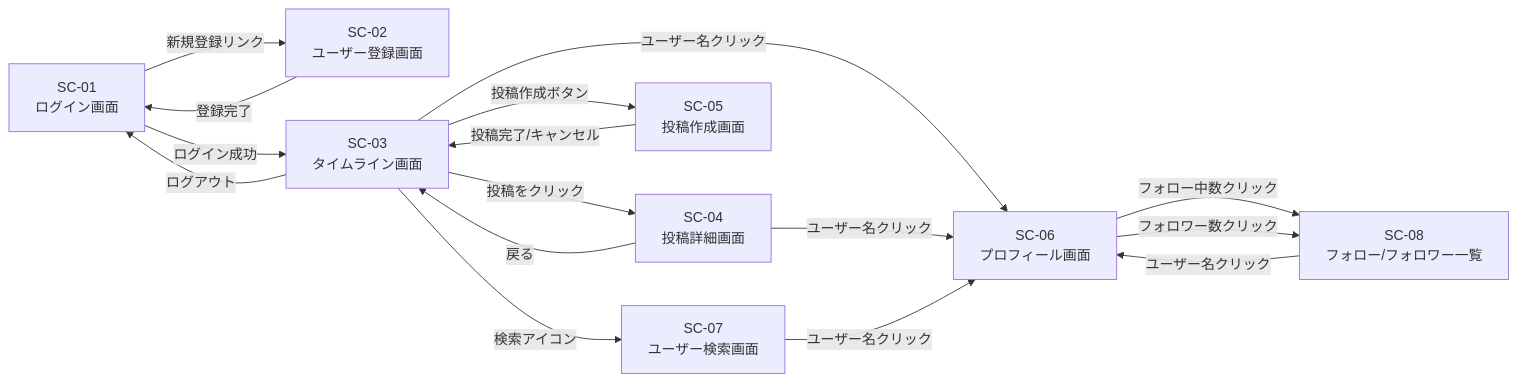
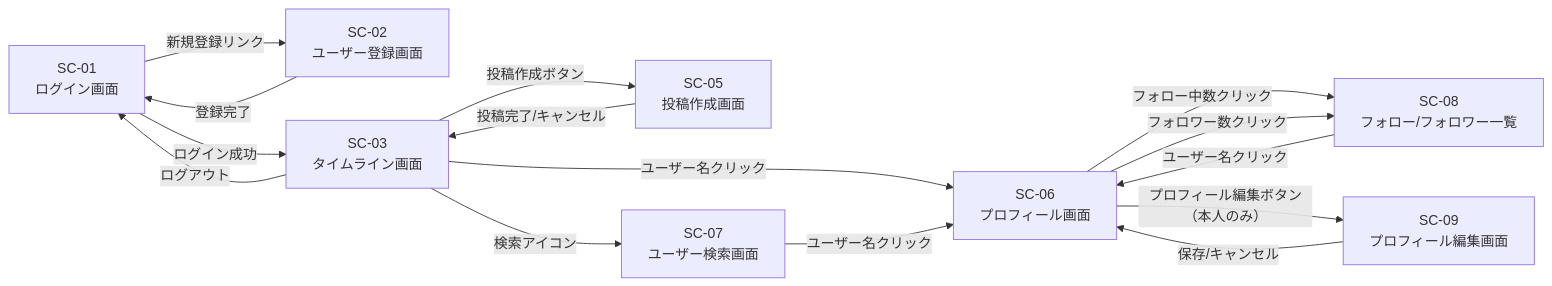
The diagram in docs/screen-design.md (gitmrk2k6/RaiseTimeLine), drawn with Mermaid before and after one commit. The commit also changed other lines of this file and 2 other files, not shown here.

````diff
--- a/docs/screen-design.md
+++ b/docs/screen-design.md
@@ -22,27 +23,26 @@
 ```mermaid
 flowchart LR
     SC01[SC-01<br/>ログイン画面]
     SC02[SC-02<br/>ユーザー登録画面]
     SC03[SC-03<br/>タイムライン画面]
-    SC04[SC-04<br/>投稿詳細画面]
     SC05[SC-05<br/>投稿作成画面]
     SC06[SC-06<br/>プロフィール画面]
     SC07[SC-07<br/>ユーザー検索画面]
     SC08[SC-08<br/>フォロー/フォロワー一覧]
+    SC09[SC-09<br/>プロフィール編集画面]
 
     SC01 -->|新規登録リンク| SC02
     SC02 -->|登録完了| SC01
     SC01 -->|ログイン成功| SC03
-    SC03 -->|投稿をクリック| SC04
     SC03 -->|投稿作成ボタン| SC05
     SC03 -->|ユーザー名クリック| SC06
     SC03 -->|検索アイコン| SC07
     SC05 -->|投稿完了/キャンセル| SC03
-    SC04 -->|戻る| SC03
-    SC04 -->|ユーザー名クリック| SC06
     SC06 -->|フォロー中数クリック| SC08
     SC06 -->|フォロワー数クリック| SC08
+    SC06 -->|プロフィール編集ボタン（本人のみ）| SC09
+    SC09 -->|保存/キャンセル| SC06
     SC07 -->|ユーザー名クリック| SC06
     SC08 -->|ユーザー名クリック| SC06
     SC03 -->|ログアウト| SC01
 ```
````
